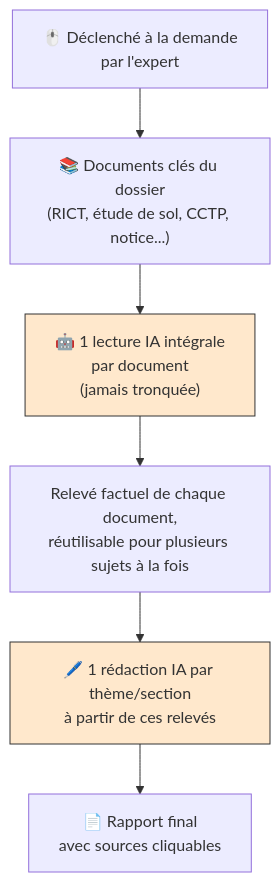
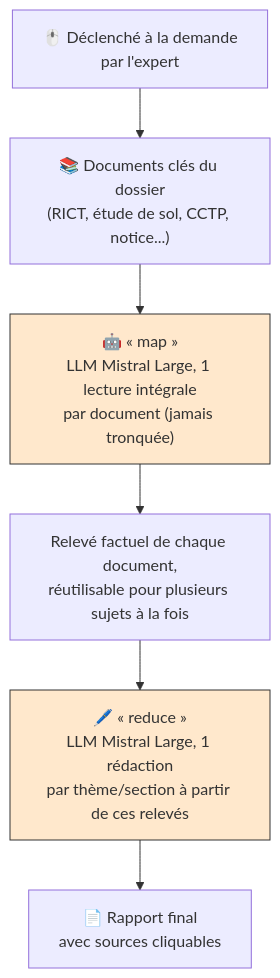
The sixth of 10 diagrams in docs/presentation/01_DIAGRAMMES_MERMAID.md (louisclzzzzzzz/AOP-app-v2), drawn with Mermaid before and after one commit. The commit also changed other lines of this file, not shown here.

First line of the commit message:
Rend les diagrammes Mermaid un peu plus techniques

````diff
--- a/docs/presentation/01_DIAGRAMMES_MERMAID.md
+++ b/docs/presentation/01_DIAGRAMMES_MERMAID.md
@@ -109,11 +112,11 @@
 ```mermaid
 flowchart TD
     TRIGGER["🖱️ Déclenché à la demande<br/>par l'expert"] --> DOCS["📚 Documents clés du dossier<br/>(RICT, étude de sol, CCTP, notice...)"]
-    DOCS --> MAP["🤖 1 lecture IA intégrale<br/>par document<br/>(jamais tronquée)"]
+    DOCS --> MAP["🤖 « map »<br/>LLM Mistral Large, 1 lecture intégrale<br/>par document (jamais tronquée)"]
     MAP --> POOL["Relevé factuel de chaque document,<br/>réutilisable pour plusieurs sujets à la fois"]
-    POOL --> REDUCE["🖊️ 1 rédaction IA par thème/section<br/>à partir de ces relevés"]
+    POOL --> REDUCE["🖊️ « reduce »<br/>LLM Mistral Large, 1 rédaction<br/>par thème/section à partir de ces relevés"]
     REDUCE --> REPORT["📄 Rapport final<br/>avec sources cliquables"]
 
     style MAP fill:#ffe8cc,stroke:#333
     style REDUCE fill:#ffe8cc,stroke:#333
 ```
````
